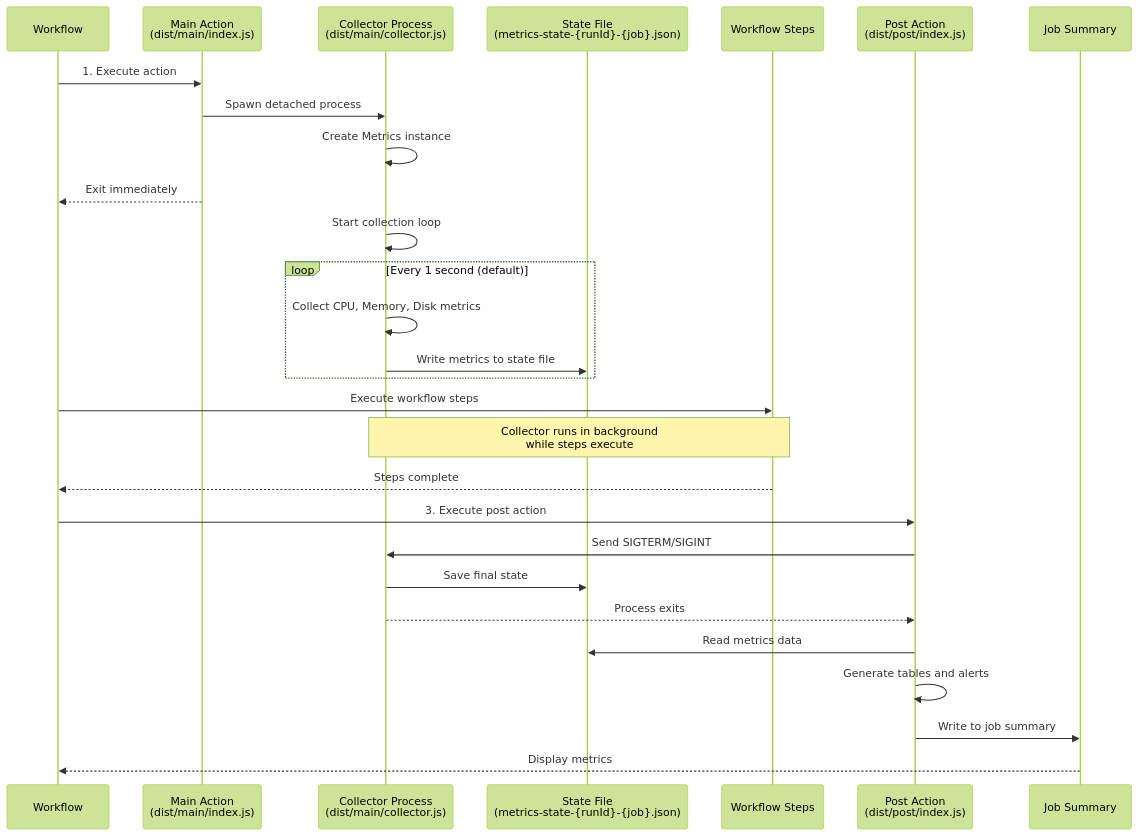
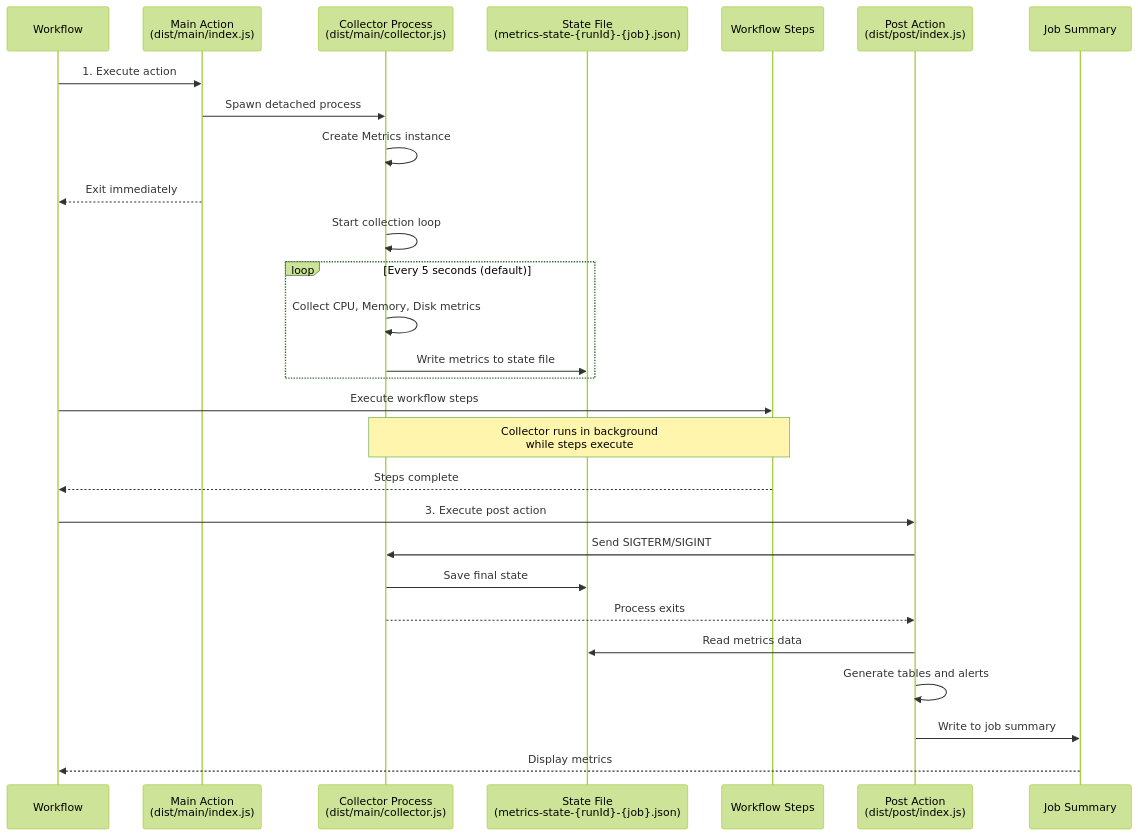
One commit to Garbee/actions-workflow-metrics changed the diagram in docs/architecture.md. Above: the diagram before and after it, drawn with Mermaid (forest theme). The commit also changed other lines of this file, not shown here.

Commit message:
docs: fix incorrect interval references - default is 5 seconds not 1 second

````diff
--- a/docs/architecture.md
+++ b/docs/architecture.md
@@ -15,35 +15,35 @@
 ```mermaid
 sequenceDiagram
     participant User as Workflow
     participant Main as Main Action<br/>(dist/main/index.js)
     participant Collector as Collector Process<br/>(dist/main/collector.js)
     participant State as State File<br/>(metrics-state-{runId}-{job}.json)
     participant Steps as Workflow Steps
     participant Post as Post Action<br/>(dist/post/index.js)
     participant Summary as Job Summary
 
     User->>Main: 1. Execute action
     Main->>Collector: Spawn detached process
     Collector->>Collector: Create Metrics instance
     Main-->>User: Exit immediately
     
     Collector->>Collector: Start collection loop
-    loop Every 1 second (default)
+    loop Every 5 seconds (default)
         Collector->>Collector: Collect CPU, Memory, Disk metrics
         Collector->>State: Write metrics to state file
     end
     
     User->>Steps: Execute workflow steps
     Note over Collector,Steps: Collector runs in background<br/>while steps execute
     
     Steps-->>User: Steps complete
     User->>Post: 3. Execute post action
     Post->>Collector: Send SIGTERM/SIGINT
     Collector->>State: Save final state
     Collector-->>Post: Process exits
     
     Post->>State: Read metrics data
     Post->>Post: Generate tables and alerts
     Post->>Summary: Write to job summary
     Summary-->>User: Display metrics
 ```
````
